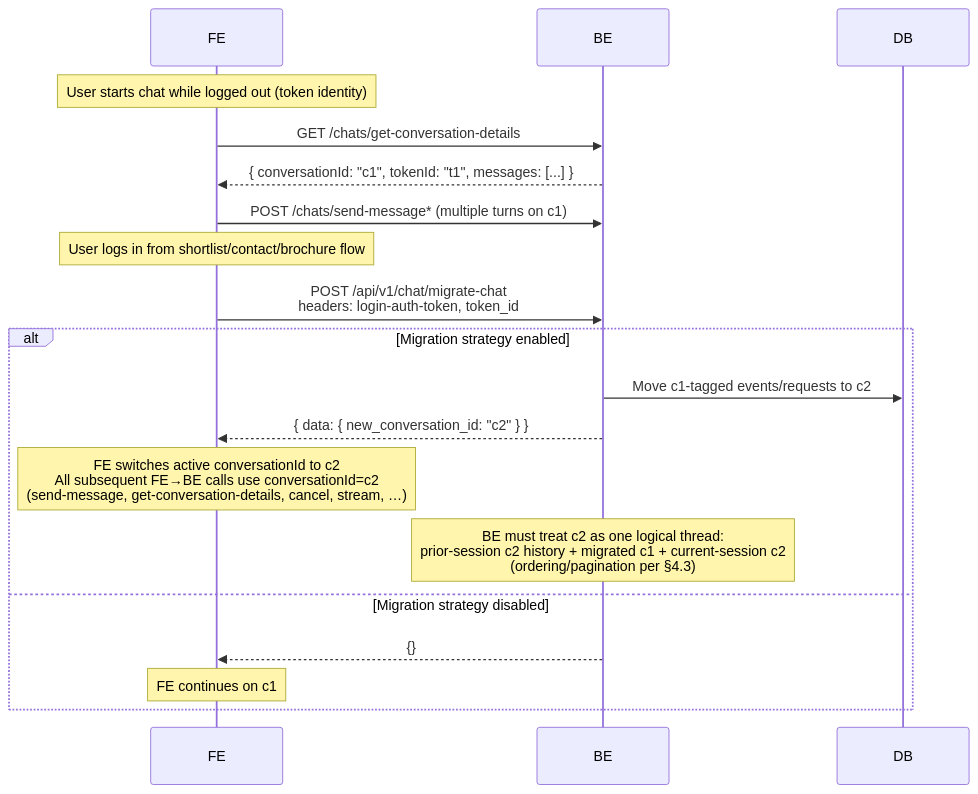
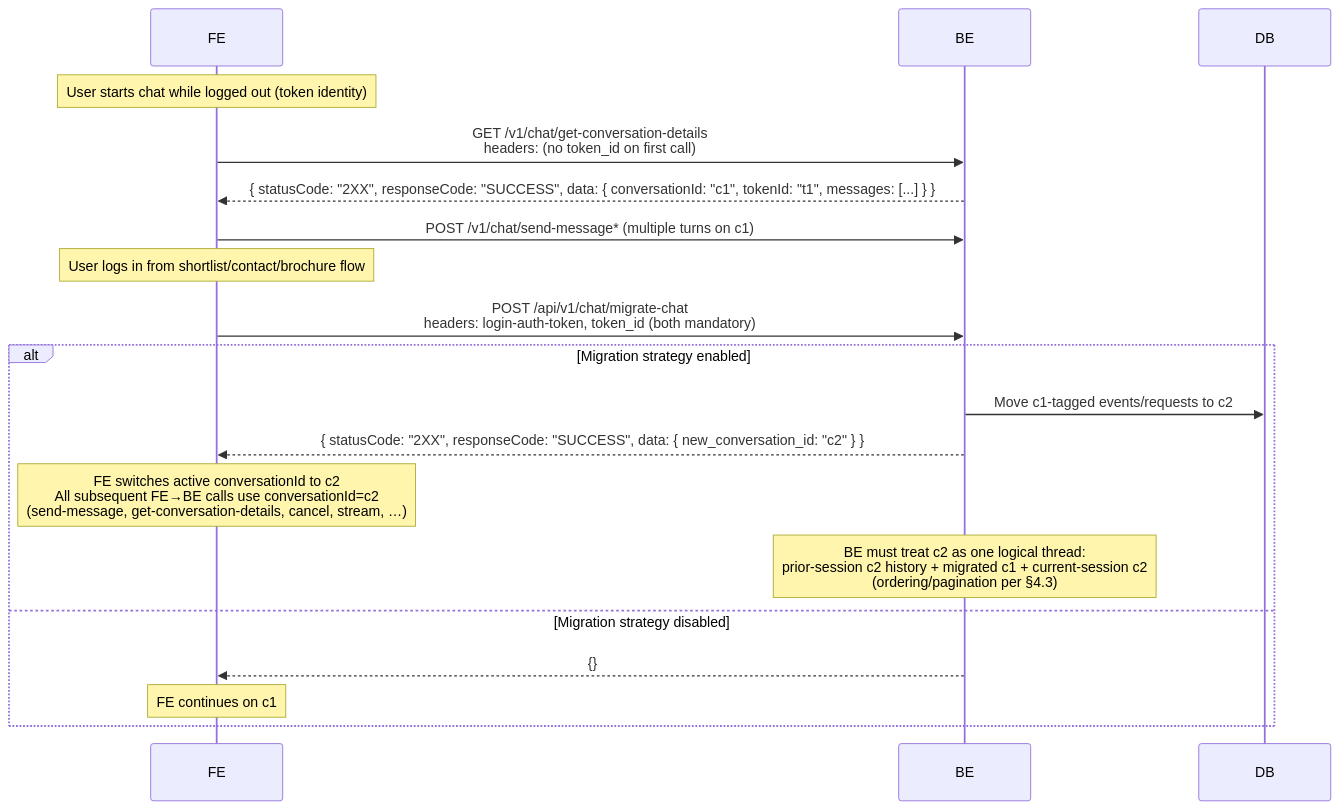
One commit to sachin-hg/chat-demo changed the fifth of 6 diagrams in chat_v1.md. Above: the diagram before and after it, drawn with Mermaid. The commit also changed other lines of this file and 42 other files, not shown here.

````diff
--- a/chat_v1.md
+++ b/chat_v1.md
@@ -627,23 +632,23 @@
 ```mermaid
 sequenceDiagram
     participant FE
     participant BE
     participant DB
 
     Note over FE: User starts chat while logged out (token identity)
-    FE->>BE: GET /chats/get-conversation-details
-    BE-->>FE: { conversationId: "c1", tokenId: "t1", messages: [...] }
-    FE->>BE: POST /chats/send-message* (multiple turns on c1)
+    FE->>BE: GET /v1/chat/get-conversation-details<br/>headers: (no token_id on first call)
+    BE-->>FE: { statusCode: "2XX", responseCode: "SUCCESS", data: { conversationId: "c1", tokenId: "t1", messages: [...] } }
+    FE->>BE: POST /v1/chat/send-message* (multiple turns on c1)
 
     Note over FE: User logs in from shortlist/contact/brochure flow
-    FE->>BE: POST /api/v1/chat/migrate-chat<br/>headers: login-auth-token, token_id
+    FE->>BE: POST /api/v1/chat/migrate-chat<br/>headers: login-auth-token, token_id (both mandatory)
     alt Migration strategy enabled
       BE->>DB: Move c1-tagged events/requests to c2
-      BE-->>FE: { data: { new_conversation_id: "c2" } }
+      BE-->>FE: { statusCode: "2XX", responseCode: "SUCCESS", data: { new_conversation_id: "c2" } }
       Note over FE: FE switches active conversationId to c2<br/>All subsequent FE→BE calls use conversationId=c2<br/>(send-message, get-conversation-details, cancel, stream, …)
       Note over BE: BE must treat c2 as one logical thread:<br/>prior-session c2 history + migrated c1 + current-session c2<br/>(ordering/pagination per §4.3)
     else Migration strategy disabled
       BE-->>FE: {}
       Note over FE: FE continues on c1
     end
 ```
````
